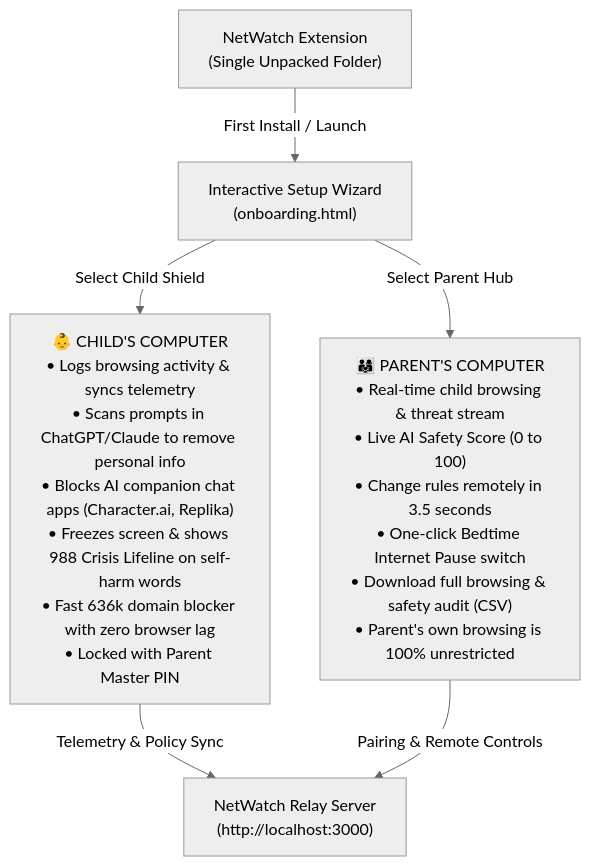
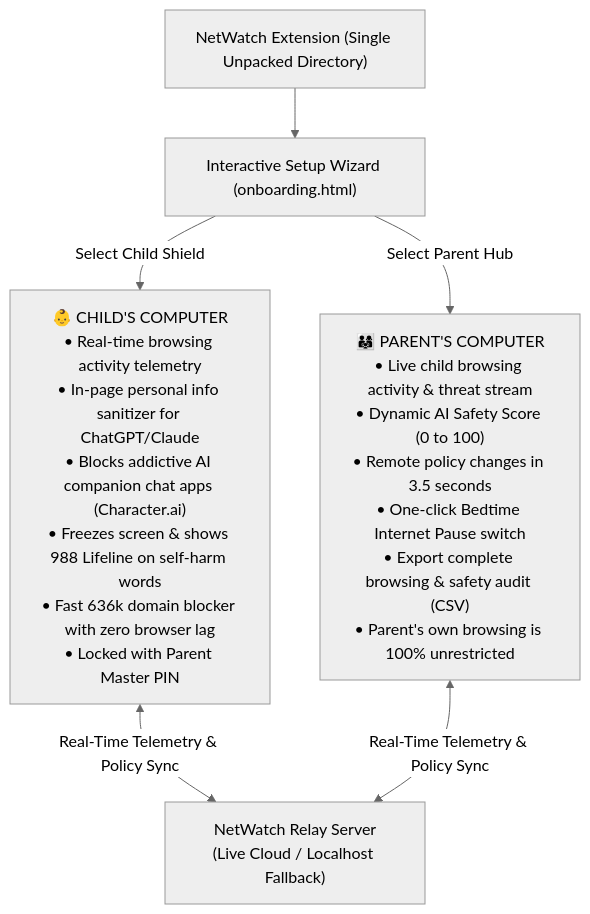
The diagram in README.md (rohityin/NetWatch), drawn with Mermaid (neutral theme) before and after one commit. The commit also changed other lines of this file and 5 other files, not shown here.

Commit message:
feat: integrate cloud relay with localhost fallback and update README with official Devpost assets

````diff
--- a/README.md
+++ b/README.md
@@ -15,12 +32,9 @@
 ```mermaid
 flowchart TD
-    EXT["NetWatch Extension<br/>(Single Unpacked Folder)"]
-    ONBOARD["Interactive Setup Wizard<br/>(onboarding.html)"]
-    EXT -->|First Install / Launch| ONBOARD
+    EXT["NetWatch Extension (Single Unpacked Directory)"] --> WIZARD["Interactive Setup Wizard (onboarding.html)"]
+    WIZARD -->|Select Child Shield| CHILD["👶 CHILD'S COMPUTER<br/>• Real-time browsing activity telemetry<br/>• In-page personal info sanitizer for ChatGPT/Claude<br/>• Blocks addictive AI companion chat apps (Character.ai)<br/>• Freezes screen & shows 988 Lifeline on self-harm words<br/>• Fast 636k domain blocker with zero browser lag<br/>• Locked with Parent Master PIN"]
+    WIZARD -->|Select Parent Hub| PARENT["👨‍👩‍👧 PARENT'S COMPUTER<br/>• Live child browsing activity & threat stream<br/>• Dynamic AI Safety Score (0 to 100)<br/>• Remote policy changes in 3.5 seconds<br/>• One-click Bedtime Internet Pause switch<br/>• Export complete browsing & safety audit (CSV)<br/>• Parent's own browsing is 100% unrestricted"]
 
-    ONBOARD -->|Select Child Shield| ROLE_CHILD["👶 CHILD'S COMPUTER<br/>• Logs browsing activity & syncs telemetry<br/>• Scans prompts in ChatGPT/Claude to remove personal info<br/>• Blocks AI companion chat apps (Character.ai, Replika)<br/>• Freezes screen & shows 988 Crisis Lifeline on self-harm words<br/>• Fast 636k domain blocker with zero browser lag<br/>• Locked with Parent Master PIN"]
-    ONBOARD -->|Select Parent Hub| ROLE_PARENT["👨‍👩‍👧 PARENT'S COMPUTER<br/>• Real-time child browsing & threat stream<br/>• Live AI Safety Score (0 to 100)<br/>• Change rules remotely in 3.5 seconds<br/>• One-click Bedtime Internet Pause switch<br/>• Download full browsing & safety audit (CSV)<br/>• Parent's own browsing is 100% unrestricted"]
-
-    ROLE_CHILD -->|Telemetry & Policy Sync| RELAY["NetWatch Relay Server<br/>(http://localhost:3000)"]
-    ROLE_PARENT -->|Pairing & Remote Controls| RELAY
+    CHILD <-->|Real-Time Telemetry & Policy Sync| RELAY["NetWatch Relay Server<br/>(Live Cloud / Localhost Fallback)"]
+    PARENT <-->|Real-Time Telemetry & Policy Sync| RELAY
 ```
````
